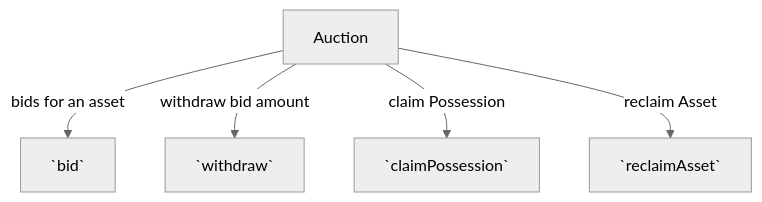
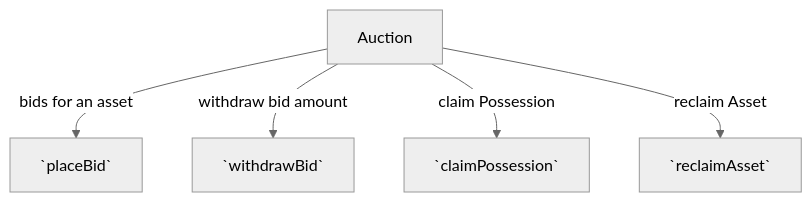
Before and after one commit to abhi3700/evm_contracts_auction: the third of 4 diagrams in README.md, drawn with Mermaid (neutral theme). The commit also changed other lines of this file and 6 other files, not shown here.

Commit message:
- withdraw -> withdrawBid, claimBid -> claimPossession, test, contracts updated with

````diff
--- a/README.md
+++ b/README.md
@@ -37,7 +51,7 @@
 ```mermaid
 flowchart TB
-Auction --bids for an asset--> `bid`
-Auction --withdraw bid amount--> `withdraw`
+Auction --bids for an asset--> `placeBid`
+Auction --withdraw bid amount--> `withdrawBid`
 Auction --claim Possession--> `claimPossession`
 Auction --reclaim Asset--> `reclaimAsset`
 ```
````
